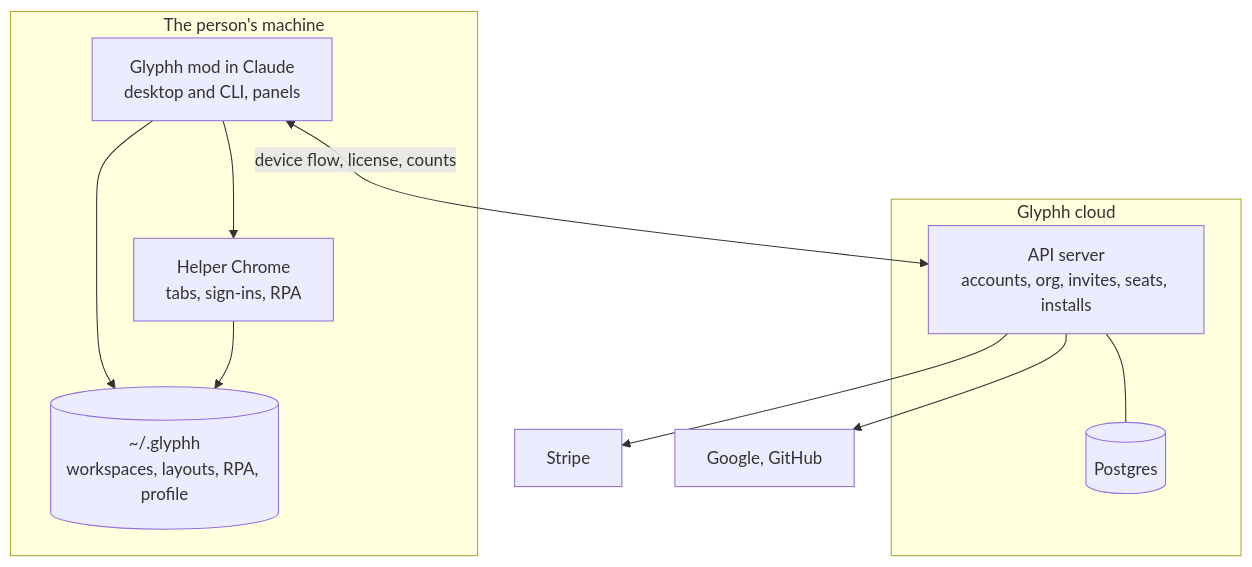
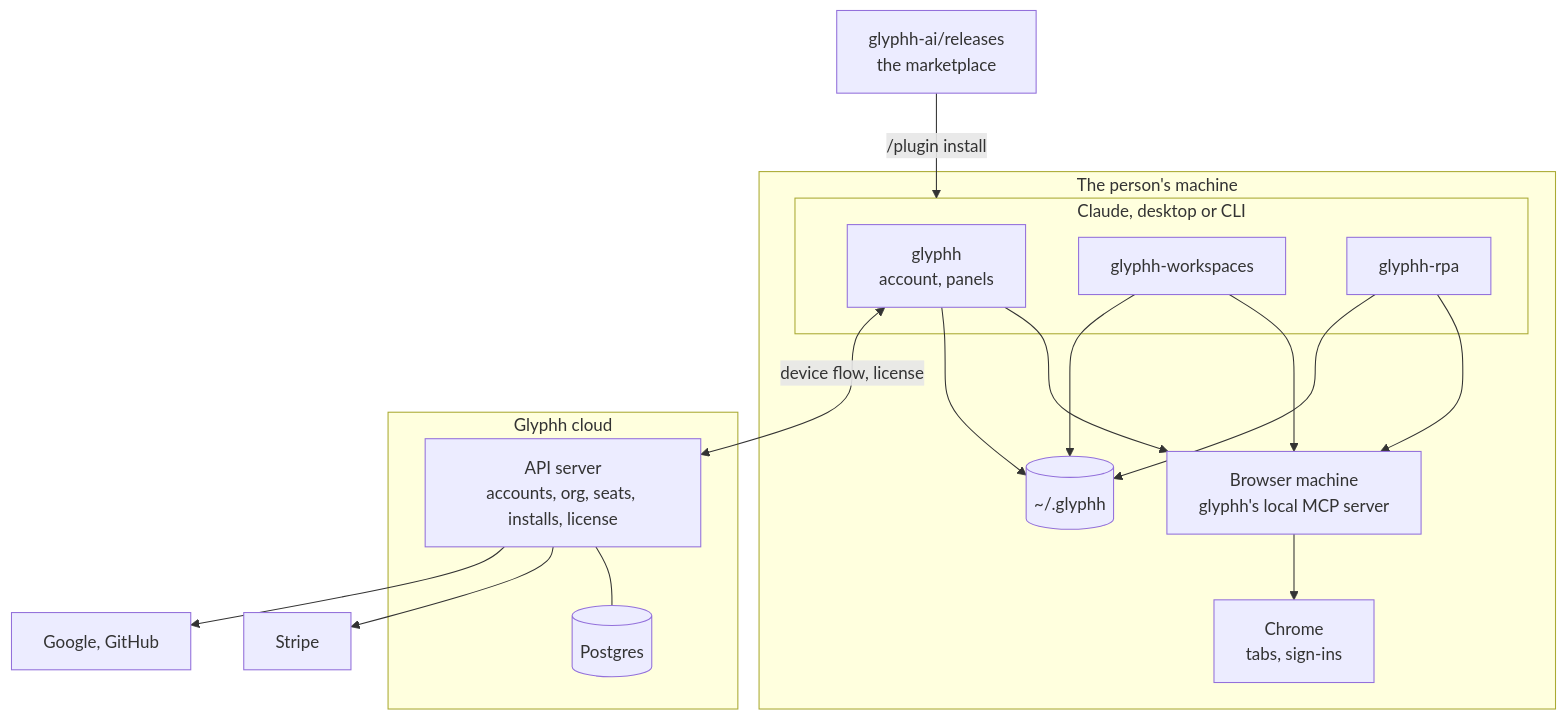
Before and after one commit to glyphh-ai/server: the first of 2 diagrams in docs/architecture.md, drawn with Mermaid. The commit also changed other lines of this file and 4 other files, not shown here.

First line of the commit message:
Architecture: Glyphh makes mods for Claude (Chris, 2026-10-14)

````diff
--- a/docs/architecture.md
+++ b/docs/architecture.md
@@ -16,24 +27,35 @@
 ```mermaid
 flowchart TB
     subgraph Machine["The person's machine"]
-        Mod["Glyphh mod in Claude<br/>desktop and CLI, panels"]
-        Chrome["Helper Chrome<br/>tabs, sign-ins, RPA"]
-        Local[("~/.glyphh<br/>workspaces, layouts, RPA, profile")]
-        Mod --> Chrome
-        Mod --> Local
-        Chrome --> Local
+        subgraph Claude["Claude, desktop or CLI"]
+            Base["glyphh<br/>account, panels"]
+            WS["glyphh-workspaces"]
+            RPA["glyphh-rpa"]
+        end
+        BM["Browser machine<br/>glyphh's local MCP server"]
+        Chrome["Chrome<br/>tabs, sign-ins"]
+        Local[("~/.glyphh")]
+        Base --> BM
+        WS --> BM
+        RPA --> BM
+        BM --> Chrome
+        Base --> Local
+        WS --> Local
+        RPA --> Local
     end
 
     subgraph Cloud["Glyphh cloud"]
-        API["API server<br/>accounts, org, invites, seats, installs"]
+        API["API server<br/>accounts, org, seats, installs, license"]
         DB[("Postgres")]
         API --- DB
     end
 
+    Market["glyphh-ai/releases<br/>the marketplace"]
     Stripe["Stripe"]
     SignIn["Google, GitHub"]
 
-    Mod <-- "device flow, license, counts" --> API
+    Base <-- "device flow, license" --> API
+    Market -- "/plugin install" --> Claude
     API --> Stripe
     API --> SignIn
 ```
````
